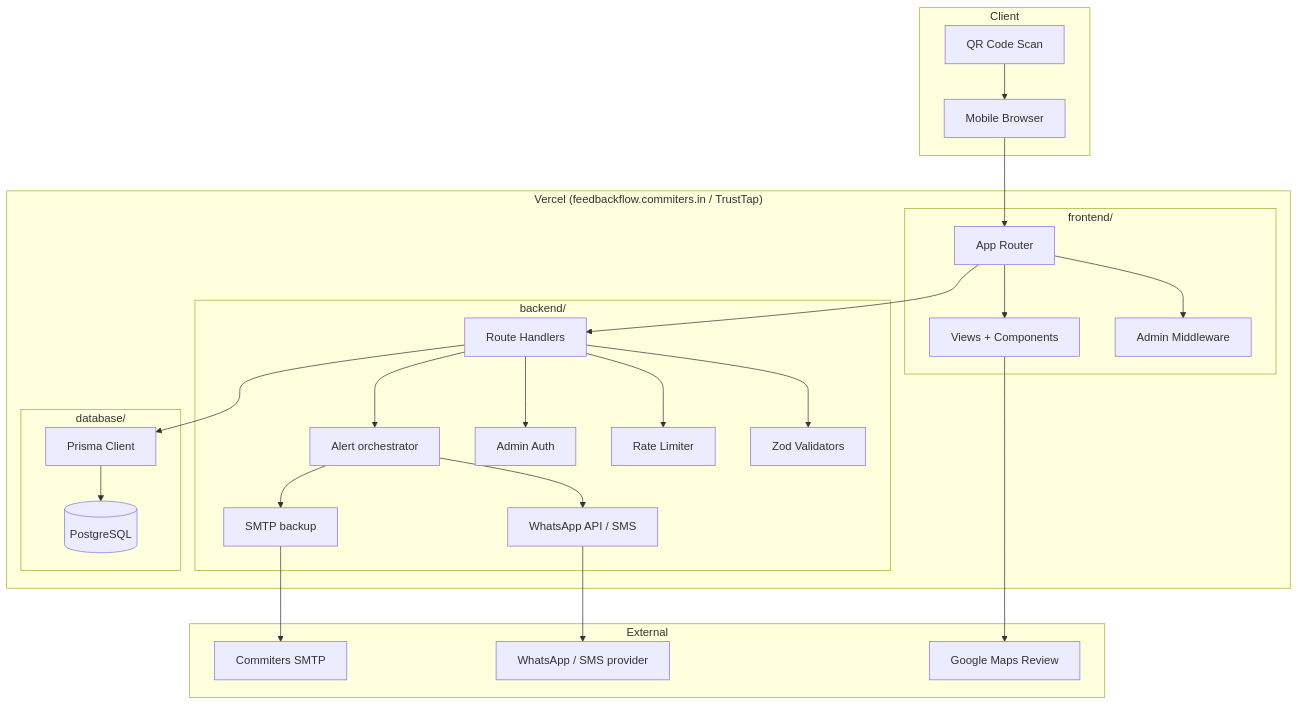
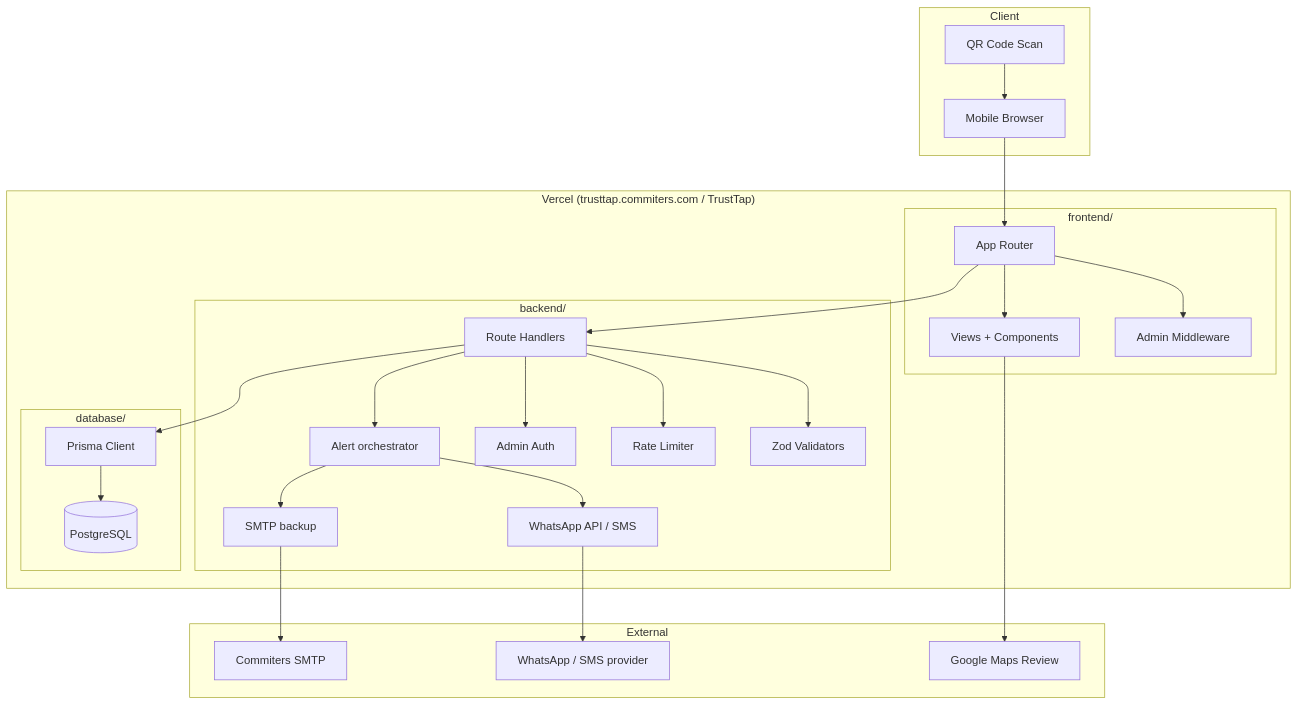
Before and after one commit to niteshrav/GoogleReviewQR: the first of 6 diagrams in docs/PHASE_1_ARCHITECTURE.md, drawn with Mermaid. The commit also changed other lines of this file and 16 other files, not shown here.

First line of the commit message:
Prepare TrustTap for deploy on trusttap.commiters.com.

````diff
--- a/docs/PHASE_1_ARCHITECTURE.md
+++ b/docs/PHASE_1_ARCHITECTURE.md
@@ -27,53 +27,53 @@
 ```mermaid
 flowchart TB
     subgraph Client
         QR[QR Code Scan]
         Browser[Mobile Browser]
     end
 
-    subgraph Vercel["Vercel (feedbackflow.commiters.in / TrustTap)"]
+    subgraph Vercel["Vercel (trusttap.commiters.com / TrustTap)"]
         subgraph Frontend["frontend/"]
             AppRouter[App Router]
             Middleware[Admin Middleware]
             Views[Views + Components]
         end
 
         subgraph Backend["backend/"]
             Routes[Route Handlers]
             Validators[Zod Validators]
             RateLimit[Rate Limiter]
             Auth[Admin Auth]
             Alerts[Alert orchestrator]
             Email[SMTP backup]
             Phone[WhatsApp API / SMS]
         end
 
         subgraph Database["database/"]
             Prisma[Prisma Client]
             Schema[(PostgreSQL)]
         end
     end
 
     subgraph External
         Google[Google Maps Review]
         SMTP[Commiters SMTP]
         WA[WhatsApp / SMS provider]
     end
 
     QR --> Browser
     Browser --> AppRouter
     AppRouter --> Middleware
     AppRouter --> Views
     AppRouter --> Routes
     Routes --> Validators
     Routes --> RateLimit
     Routes --> Auth
     Routes --> Alerts
     Alerts --> Phone
     Alerts --> Email
     Routes --> Prisma
     Prisma --> Schema
     Views --> Google
     Email --> SMTP
     Phone --> WA
 ```
````
